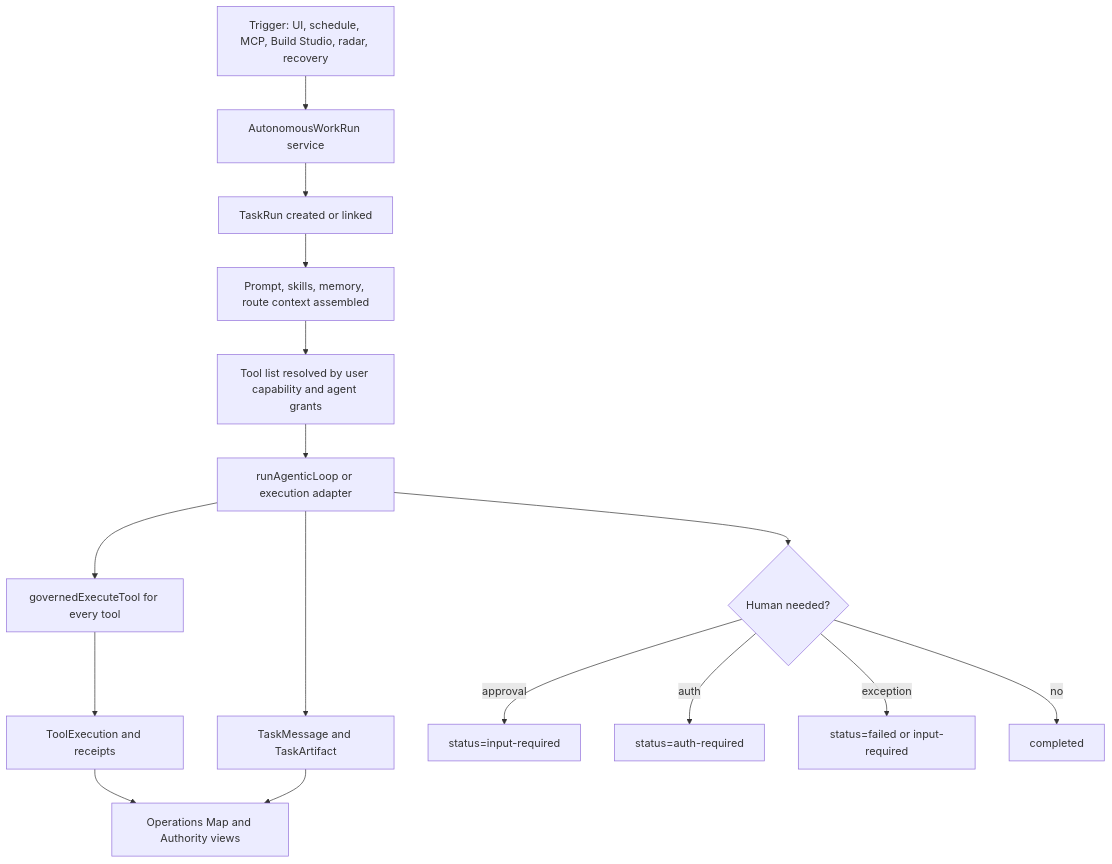
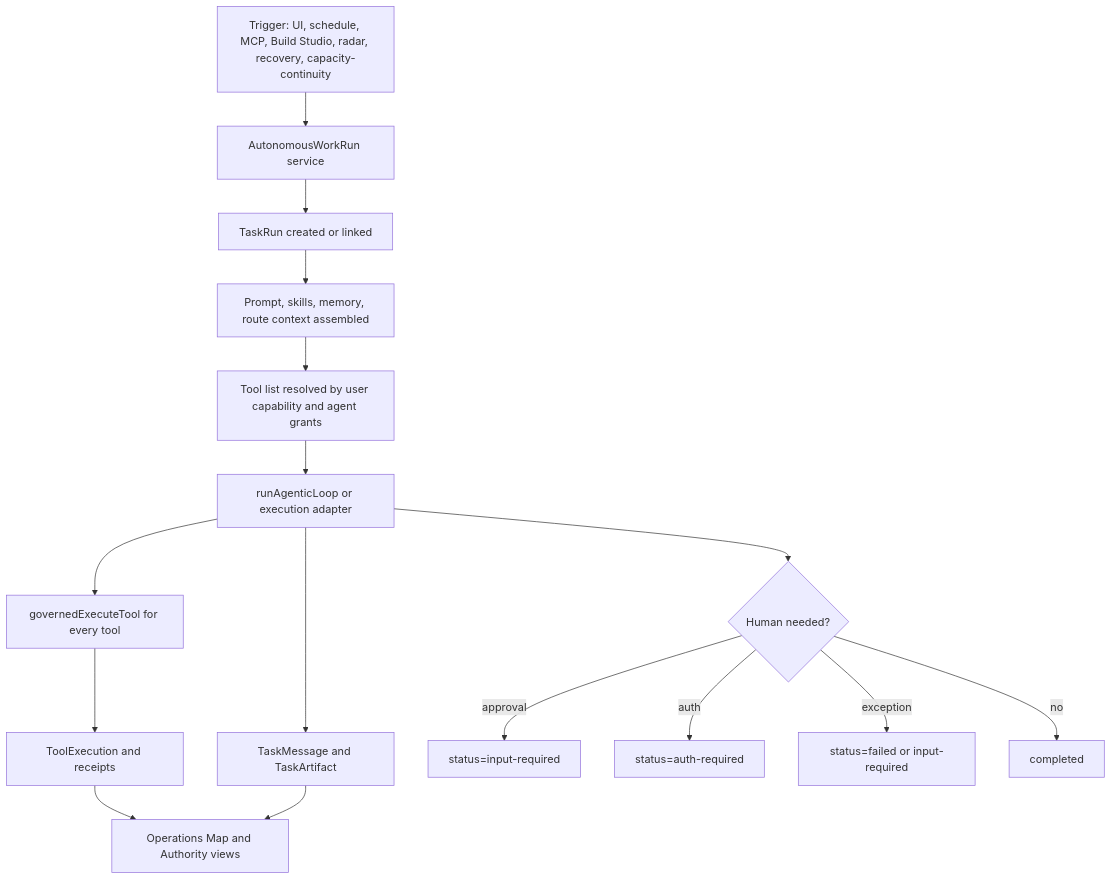
Before and after one commit to OpenDigitalProductFactory/opendigitalproductfactory: the diagram in docs/superpowers/specs/2026-05-11-autonomous-coworker-runtime-design.md, drawn with Mermaid. The commit also changed other lines of this file and 19 other files, not shown here.

Commit message:
feat: add capacity continuity runtime foundation

````diff
--- a/docs/superpowers/specs/2026-05-11-autonomous-coworker-runtime-design.md
+++ b/docs/superpowers/specs/2026-05-11-autonomous-coworker-runtime-design.md
@@ -314,18 +339,18 @@
 ```mermaid
 flowchart TD
-    A["Trigger: UI, schedule, MCP, Build Studio, radar, recovery"] --> B["AutonomousWorkRun service"]
+    A["Trigger: UI, schedule, MCP, Build Studio, radar, recovery, capacity-continuity"] --> B["AutonomousWorkRun service"]
     B --> C["TaskRun created or linked"]
     C --> D["Prompt, skills, memory, route context assembled"]
     D --> E["Tool list resolved by user capability and agent grants"]
     E --> F["runAgenticLoop or execution adapter"]
     F --> G["governedExecuteTool for every tool"]
     G --> H["ToolExecution and receipts"]
     F --> I["TaskMessage and TaskArtifact"]
     H --> J["Operations Map and Authority views"]
     I --> J
     F --> K{"Human needed?"}
     K -->|approval| L["status=input-required"]
     K -->|auth| M["status=auth-required"]
     K -->|exception| N["status=failed or input-required"]
     K -->|no| O["completed"]
 ```
````
